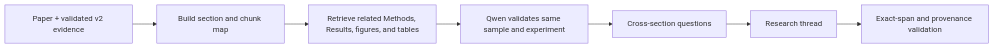
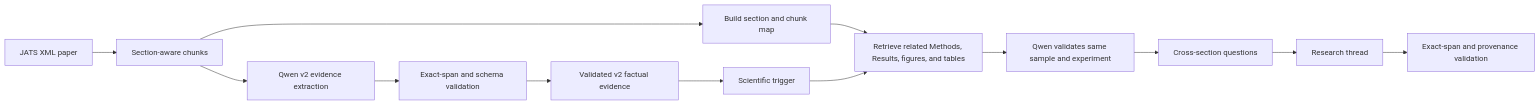
The first of 3 diagrams in experiments/high_temperature_hea_qwen35b/section_aware/README.md (yadyneshsonale/materials-hypothesis-generation), drawn with Mermaid before and after one commit. The commit also changed other lines of this file and 1 other file, not shown here.

Commit message:
Document shared v2 evidence layer

````diff
--- a/experiments/high_temperature_hea_qwen35b/section_aware/README.md
+++ b/experiments/high_temperature_hea_qwen35b/section_aware/README.md
@@ -17,9 +17,15 @@
 ```mermaid
 flowchart LR
-    A[Paper + validated v2 evidence] --> B[Build section and chunk map]
-    B --> C[Retrieve related Methods, Results, figures, and tables]
-    C --> D[Qwen validates same sample and experiment]
-    D --> E[Cross-section questions]
-    E --> F[Research thread]
-    F --> G[Exact-span and provenance validation]
+    A[JATS XML paper] --> B[Section-aware chunks]
+    B --> C[Qwen v2 evidence extraction]
+    C --> D[Exact-span and schema validation]
+    D --> E[Validated v2 factual evidence]
+    B --> F[Build section and chunk map]
+    E --> G[Scientific trigger]
+    F --> H[Retrieve related Methods, Results, figures, and tables]
+    G --> H
+    H --> I[Qwen validates same sample and experiment]
+    I --> J[Cross-section questions]
+    J --> K[Research thread]
+    K --> L[Exact-span and provenance validation]
 ```
````
